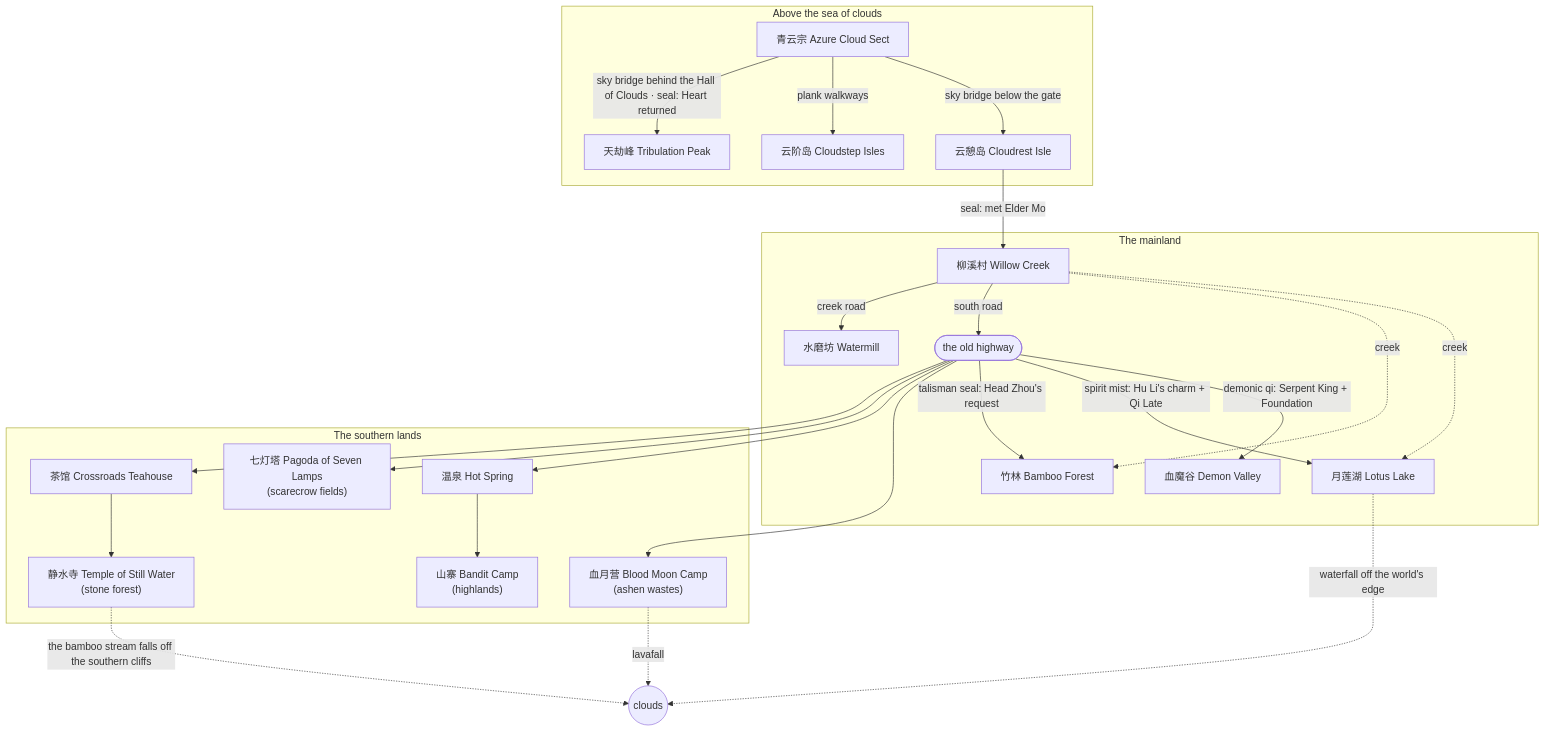
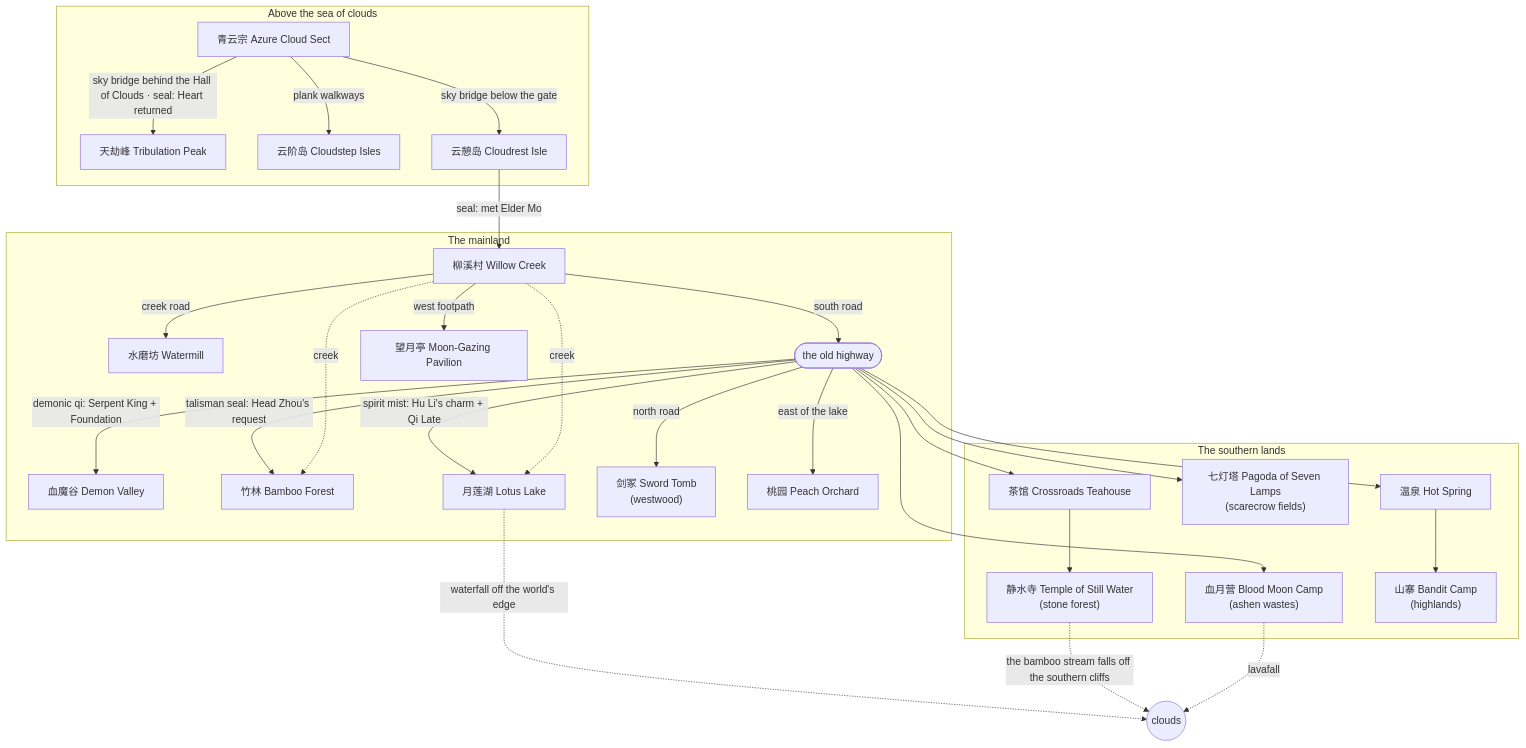
The fifth of 15 diagrams in README.md (jgyy/pixelop), drawn with Mermaid before and after one commit. The commit also changed other lines of this file and 49 other files, not shown here.

````diff
--- a/README.md
+++ b/README.md
@@ -214,44 +256,50 @@
 ```mermaid
 flowchart TB
   subgraph sky["Above the sea of clouds"]
     peak["天劫峰 Tribulation Peak"]
     sect["青云宗 Azure Cloud Sect"]
     isles["云阶岛 Cloudstep Isles"]
     rest["云憩岛 Cloudrest Isle"]
   end
   subgraph mainland["The mainland"]
     valley["血魔谷 Demon Valley"]
     bamboo["竹林 Bamboo Forest"]
     village["柳溪村 Willow Creek"]
     mill["水磨坊 Watermill"]
     lake["月莲湖 Lotus Lake"]
     hw(["the old highway"])
+    tomb["剑冢 Sword Tomb<br/>(westwood)"]
+    pav["望月亭 Moon-Gazing Pavilion"]
+    orch["桃园 Peach Orchard"]
   end
   subgraph south["The southern lands"]
     camp["血月营 Blood Moon Camp<br/>(ashen wastes)"]
     temple["静水寺 Temple of Still Water<br/>(stone forest)"]
     tea["茶馆 Crossroads Teahouse"]
     pagoda["七灯塔 Pagoda of Seven Lamps<br/>(scarecrow fields)"]
     spring["温泉 Hot Spring"]
     bandits["山寨 Bandit Camp<br/>(highlands)"]
   end
   sect -- "sky bridge behind the Hall of Clouds · seal: Heart returned" --> peak
   sect -- "plank walkways" --> isles
   sect -- "sky bridge below the gate" --> rest
   rest -- "seal: met Elder Mo" --> village
   village -- "creek road" --> mill
+  hw -- "north road" --> tomb
+  village -- "west footpath" --> pav
+  hw -- "east of the lake" --> orch
   hw --> tea
   tea --> temple
   hw --> pagoda
   hw --> spring --> bandits
   hw --> camp
   village -- "south road" --> hw
   hw -- "talisman seal: Head Zhou's request" --> bamboo
   hw -- "spirit mist: Hu Li's charm + Qi Late" --> lake
   hw -- "demonic qi: Serpent King + Foundation" --> valley
   village -. "creek" .-> bamboo
   village -. "creek" .-> lake
   lake -. "waterfall off the world's edge" .-> clouds((clouds))
   temple -. "the bamboo stream falls off the southern cliffs" .-> clouds
   camp -. "lavafall" .-> clouds
 ```
````
